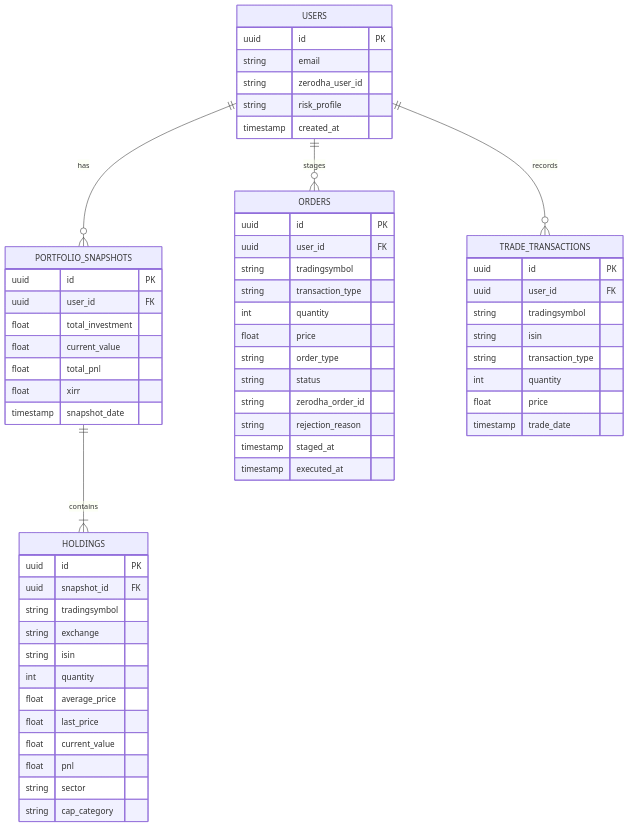
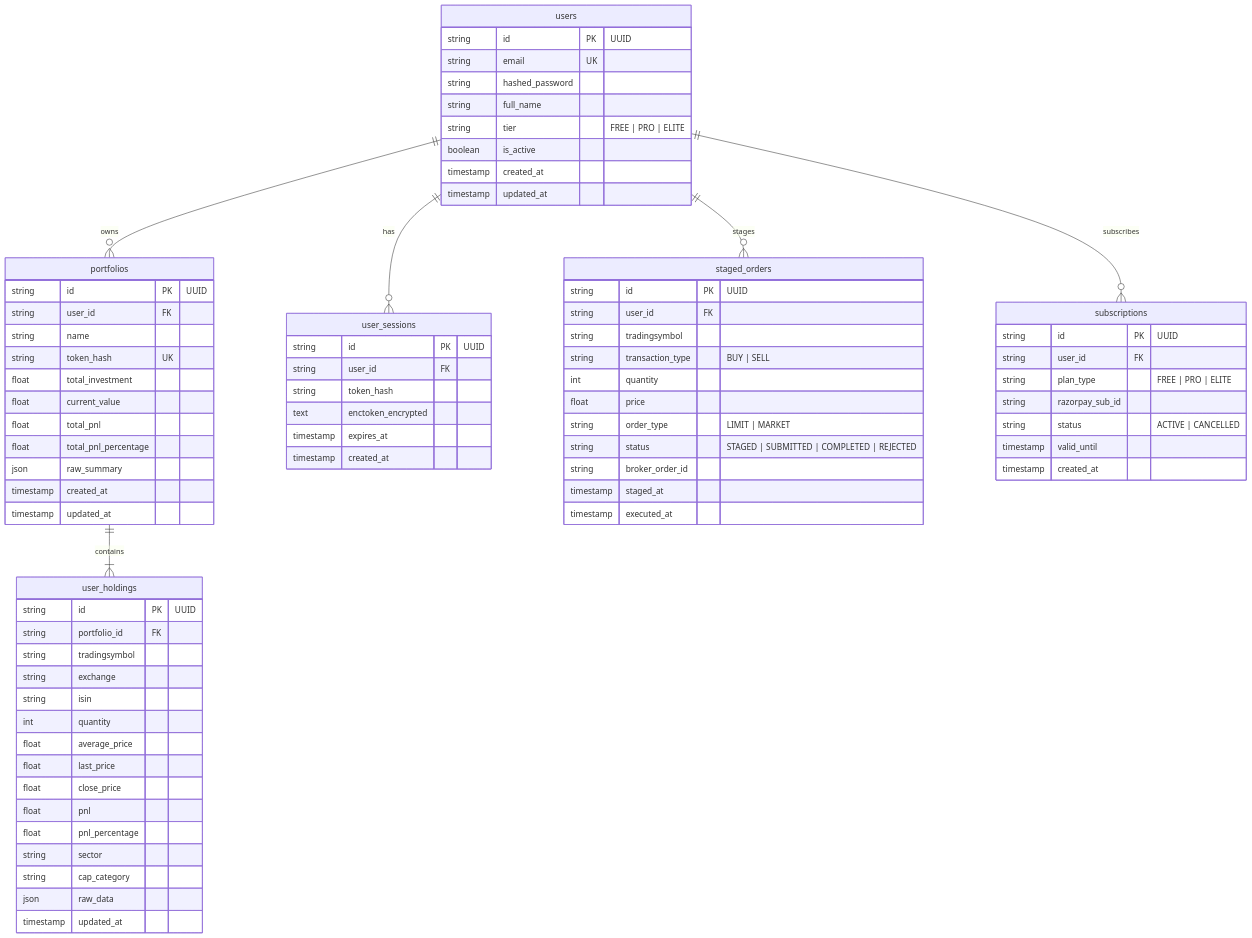
One commit to benoirajan/portfolio-assistant changed the fourth of 4 diagrams in docs/architecture/HLD.md. Above: the diagram before and after it, drawn with Mermaid. The commit also changed other lines of this file and 10 other files, not shown here.

````diff
--- a/docs/architecture/HLD.md
+++ b/docs/architecture/HLD.md
@@ -254,66 +187,84 @@
 ```mermaid
 erDiagram
-    USERS ||--o{ PORTFOLIO_SNAPSHOTS : has
-    USERS ||--o{ ORDERS : stages
-    PORTFOLIO_SNAPSHOTS ||--|{ HOLDINGS : contains
-    USERS ||--o{ TRADE_TRANSACTIONS : records
+    users ||--o{ portfolios : owns
+    users ||--o{ user_sessions : has
+    users ||--o{ staged_orders : stages
+    users ||--o{ subscriptions : subscribes
+    portfolios ||--|{ user_holdings : contains
 
-    USERS {
-        uuid id PK
-        string email
-        string zerodha_user_id
-        string risk_profile
+    users {
+        string id PK "UUID"
+        string email UK
+        string hashed_password
+        string full_name
+        string tier "FREE | PRO | ELITE"
+        boolean is_active
         timestamp created_at
+        timestamp updated_at
     }
 
-    PORTFOLIO_SNAPSHOTS {
-        uuid id PK
-        uuid user_id FK
+    portfolios {
+        string id PK "UUID"
+        string user_id FK
+        string name
+        string token_hash UK
         float total_investment
         float current_value
         float total_pnl
-        float xirr
-        timestamp snapshot_date
+        float total_pnl_percentage
+        json raw_summary
+        timestamp created_at
+        timestamp updated_at
     }
 
-    HOLDINGS {
-        uuid id PK
-        uuid snapshot_id FK
+    user_holdings {
+        string id PK "UUID"
+        string portfolio_id FK
         string tradingsymbol
         string exchange
         string isin
         int quantity
         float average_price
         float last_price
-        float current_value
+        float close_price
         float pnl
+        float pnl_percentage
         string sector
         string cap_category
+        json raw_data
+        timestamp updated_at
     }
 
-    ORDERS {
-        uuid id PK
-        uuid user_id FK
+    user_sessions {
+        string id PK "UUID"
+        string user_id FK
+        string token_hash
+        text enctoken_encrypted
+        timestamp expires_at
+        timestamp created_at
+    }
+
+    staged_orders {
+        string id PK "UUID"
+        string user_id FK
         string tradingsymbol
-        string transaction_type
+        string transaction_type "BUY | SELL"
         int quantity
         float price
-        string order_type
-        string status
-        string zerodha_order_id
-        string rejection_reason
+        string order_type "LIMIT | MARKET"
+        string status "STAGED | SUBMITTED | COMPLETED | REJECTED"
+        string broker_order_id
         timestamp staged_at
         timestamp executed_at
     }
 
-    TRADE_TRANSACTIONS {
-        uuid id PK
-        uuid user_id FK
-        string tradingsymbol
-        string isin
-        string transaction_type
-        int quantity
-        float price
-        timestamp trade_date
+    subscriptions {
+        string id PK "UUID"
+        string user_id FK
+        string plan_type "FREE | PRO | ELITE"
+        string razorpay_sub_id
+        string status "ACTIVE | CANCELLED"
+        timestamp valid_until
+        timestamp created_at
     }
 ```
````
